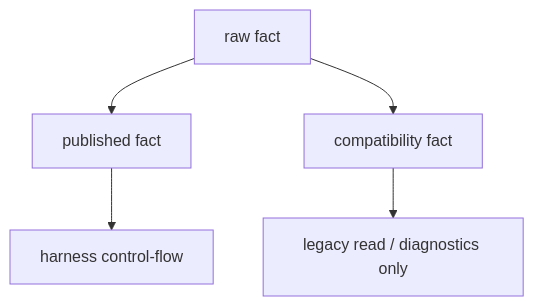
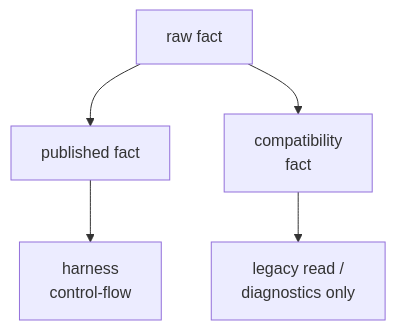
One commit to jidon333/STS2_Mod_AI_Companion changed the second of 4 diagrams in docs/reference/harness/GUI_SMOKE_HARNESS_OBSERVER_STACK_KO.md. Above: the diagram before and after it, drawn with Mermaid. The commit also changed other lines of this file and 4 other files, not shown here.

Commit message:
Improve Mermaid readability in harness docs

````diff
--- a/docs/reference/harness/GUI_SMOKE_HARNESS_OBSERVER_STACK_KO.md
+++ b/docs/reference/harness/GUI_SMOKE_HARNESS_OBSERVER_STACK_KO.md
@@ -85,7 +85,7 @@
 ```mermaid
 flowchart TD
     A["raw fact"] --> B["published fact"]
-    A --> C["compatibility fact"]
-    B --> D["harness control-flow"]
-    C --> E["legacy read / diagnostics only"]
+    A --> C["compatibility<br/>fact"]
+    B --> D["harness<br/>control-flow"]
+    C --> E["legacy read /<br/>diagnostics only"]
 ```
````
